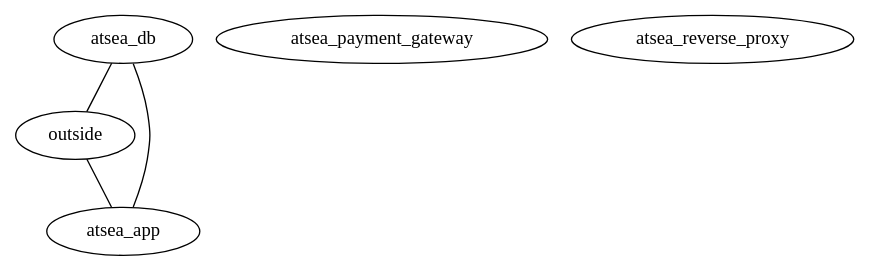
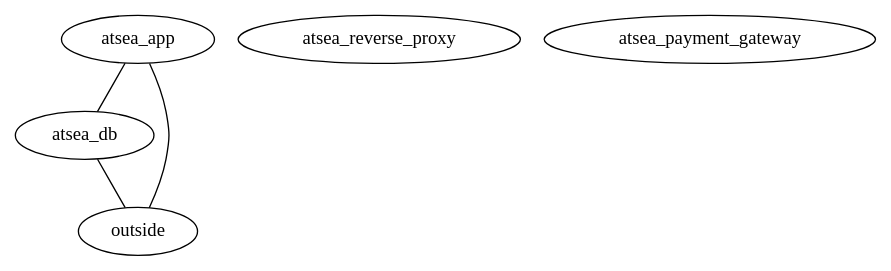
Before and after one commit to tum-i4/attack-graph-generator: the diagram in System/examples-results/atsea/topology_graph.dot, drawn with Graphviz. The commit also changed 10 other files, not shown here.

```diff
--- a/System/examples-results/atsea/topology_graph.dot
+++ b/System/examples-results/atsea/topology_graph.dot
@@ -1,11 +1,11 @@
 // Topology Graph
 graph {
+	atsea_app
+	atsea_reverse_proxy
 	atsea_db
 	atsea_payment_gateway
 	outside
-	atsea_reverse_proxy
-	atsea_app
+	atsea_app -- atsea_db [contstraint=false]
 	atsea_db -- outside [contstraint=false]
-	atsea_db -- atsea_app [contstraint=false]
-	outside -- atsea_app [contstraint=false]
+	atsea_app -- outside [contstraint=false]
 }
```
